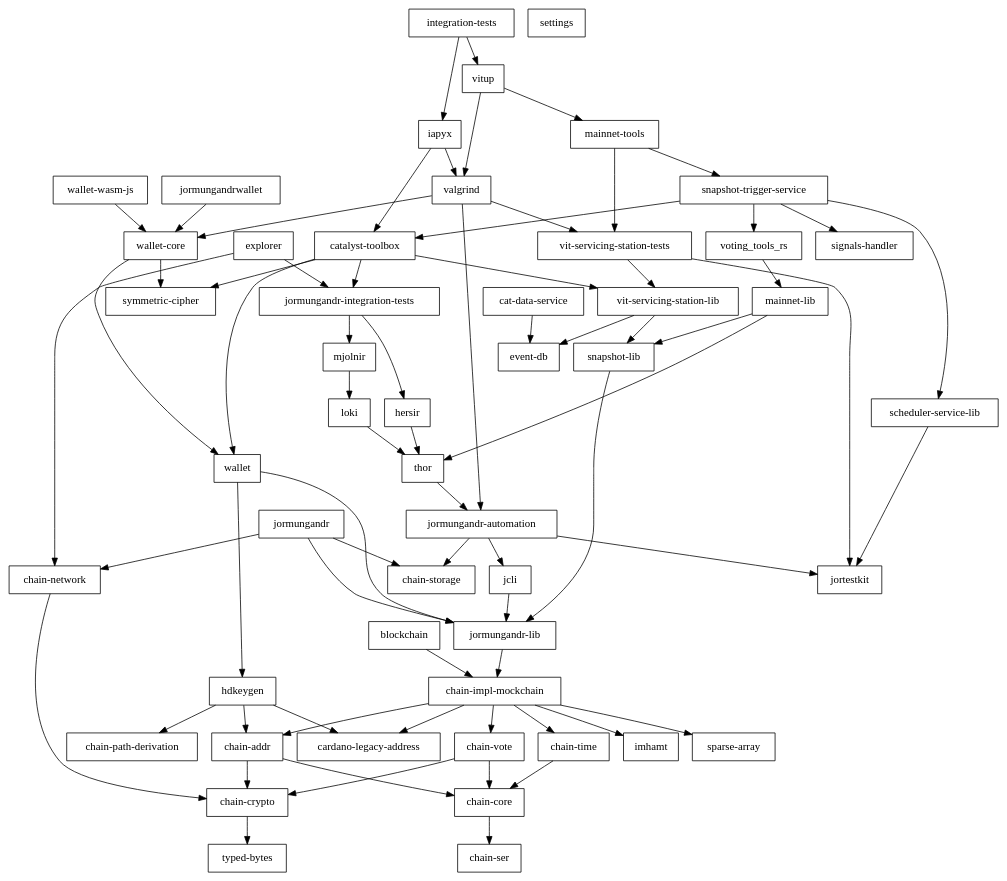
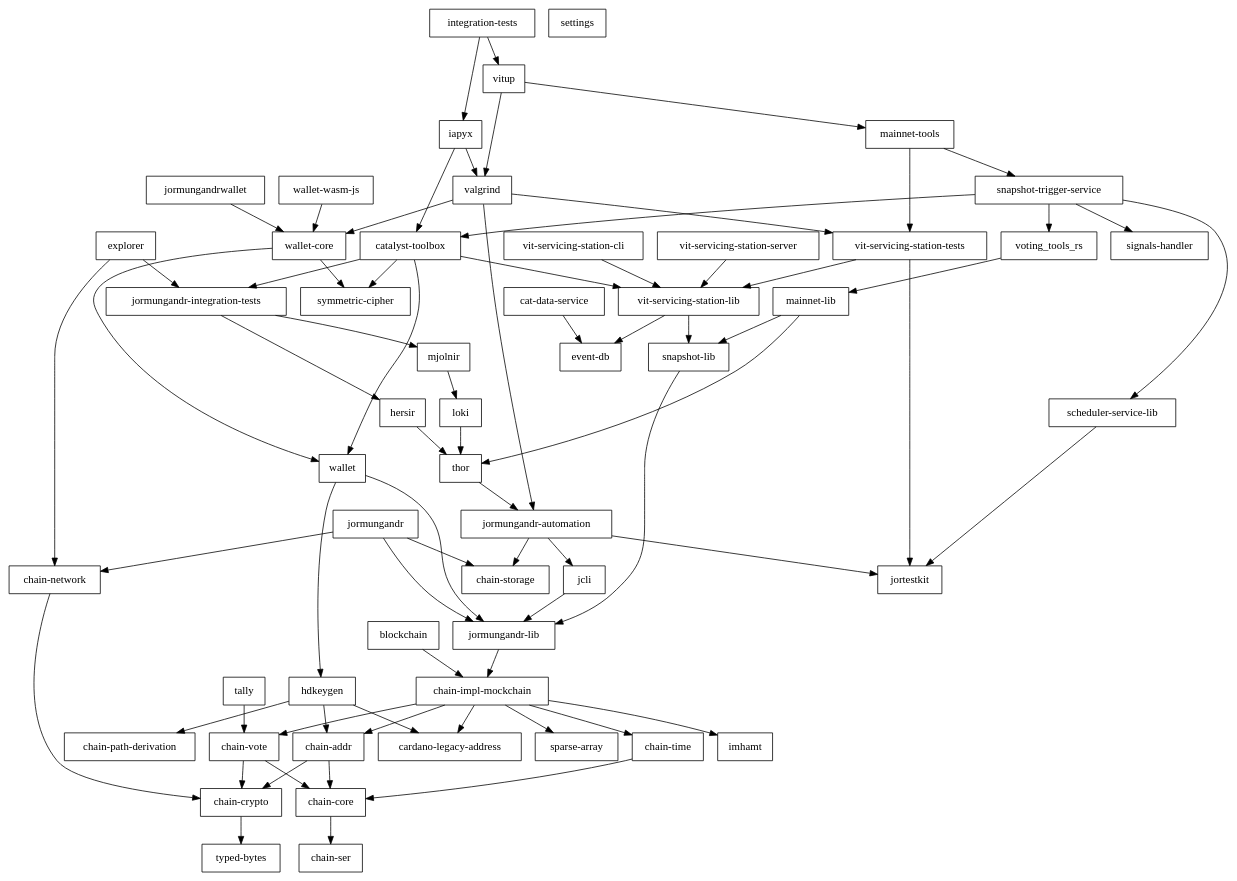
The diagram in refactor/event-db/06_rust_api/rust/doc/workspace.depgraph.dot (input-output-hk/catalyst-core), drawn with Graphviz before and after one commit. The commit also changed 1205 other files, not shown here.

```diff
--- a/refactor/event-db/06_rust_api/rust/doc/workspace.depgraph.dot
+++ b/refactor/event-db/06_rust_api/rust/doc/workspace.depgraph.dot
@@ -1,120 +1,126 @@
 digraph {
     0 [ label = "catalyst-toolbox" shape = box]
     1 [ label = "chain-addr" shape = box]
     2 [ label = "chain-core" shape = box]
     3 [ label = "chain-ser" shape = box]
     4 [ label = "chain-crypto" shape = box]
     5 [ label = "typed-bytes" shape = box]
     6 [ label = "chain-impl-mockchain" shape = box]
     7 [ label = "cardano-legacy-address" shape = box]
     8 [ label = "chain-time" shape = box]
     9 [ label = "chain-vote" shape = box]
     10 [ label = "imhamt" shape = box]
     11 [ label = "sparse-array" shape = box]
     12 [ label = "chain-storage" shape = box]
     13 [ label = "jcli" shape = box]
     14 [ label = "jormungandr-lib" shape = box]
     15 [ label = "jormungandr-automation" shape = box]
     16 [ label = "jortestkit" shape = box]
     17 [ label = "jormungandr-integration-tests" shape = box]
     18 [ label = "hersir" shape = box]
     19 [ label = "thor" shape = box]
     20 [ label = "loki" shape = box]
     21 [ label = "mjolnir" shape = box]
     22 [ label = "snapshot-lib" shape = box]
     23 [ label = "symmetric-cipher" shape = box]
     24 [ label = "vit-servicing-station-lib" shape = box]
     25 [ label = "event-db" shape = box]
     26 [ label = "vit-servicing-station-tests" shape = box]
     27 [ label = "wallet" shape = box]
     28 [ label = "chain-path-derivation" shape = box]
     29 [ label = "hdkeygen" shape = box]
     30 [ label = "chain-network" shape = box]
     31 [ label = "jormungandrwallet" shape = box]
     32 [ label = "wallet-core" shape = box]
     33 [ label = "wallet-wasm-js" shape = box]
     34 [ label = "jormungandr" shape = box]
     35 [ label = "explorer" shape = box]
     36 [ label = "settings" shape = box]
     37 [ label = "blockchain" shape = box]
-    38 [ label = "iapyx" shape = box]
-    39 [ label = "valgrind" shape = box]
-    40 [ label = "vitup" shape = box]
-    41 [ label = "mainnet-lib" shape = box]
-    42 [ label = "mainnet-tools" shape = box]
-    43 [ label = "scheduler-service-lib" shape = box]
-    44 [ label = "signals-handler" shape = box]
-    45 [ label = "snapshot-trigger-service" shape = box]
-    46 [ label = "voting_tools_rs" shape = box]
-    47 [ label = "integration-tests" shape = box]
-    48 [ label = "cat-data-service" shape = box]
+    38 [ label = "vit-servicing-station-server" shape = box]
+    39 [ label = "vit-servicing-station-cli" shape = box]
+    40 [ label = "iapyx" shape = box]
+    41 [ label = "valgrind" shape = box]
+    42 [ label = "vitup" shape = box]
+    43 [ label = "mainnet-lib" shape = box]
+    44 [ label = "mainnet-tools" shape = box]
+    45 [ label = "scheduler-service-lib" shape = box]
+    46 [ label = "signals-handler" shape = box]
+    47 [ label = "snapshot-trigger-service" shape = box]
+    48 [ label = "voting_tools_rs" shape = box]
+    49 [ label = "integration-tests" shape = box]
+    50 [ label = "cat-data-service" shape = box]
+    51 [ label = "tally" shape = box]
     0 -> 17 [ ]
     0 -> 23 [ ]
     0 -> 24 [ ]
     0 -> 27 [ ]
     1 -> 2 [ ]
     1 -> 4 [ ]
     2 -> 3 [ ]
     4 -> 5 [ ]
     6 -> 7 [ ]
     6 -> 1 [ ]
     6 -> 8 [ ]
     6 -> 9 [ ]
     6 -> 10 [ ]
     6 -> 11 [ ]
     8 -> 2 [ ]
     9 -> 2 [ ]
     9 -> 4 [ ]
     13 -> 14 [ ]
     14 -> 6 [ ]
     15 -> 12 [ ]
     15 -> 13 [ ]
     15 -> 16 [ ]
     17 -> 18 [ ]
     17 -> 21 [ ]
     18 -> 19 [ ]
     19 -> 15 [ ]
     20 -> 19 [ ]
     21 -> 20 [ ]
     22 -> 14 [ ]
     24 -> 25 [ ]
     24 -> 22 [ ]
     26 -> 16 [ ]
     26 -> 24 [ ]
     27 -> 29 [ ]
     27 -> 14 [ ]
     29 -> 7 [ ]
     29 -> 1 [ ]
     29 -> 28 [ ]
     30 -> 4 [ ]
     31 -> 32 [ ]
     32 -> 23 [ ]
     32 -> 27 [ ]
     33 -> 32 [ ]
     34 -> 30 [ ]
     34 -> 12 [ ]
     34 -> 14 [ ]
     35 -> 30 [ ]
     35 -> 17 [ ]
     37 -> 6 [ ]
-    38 -> 0 [ ]
-    38 -> 39 [ ]
-    39 -> 15 [ ]
-    39 -> 26 [ ]
-    39 -> 32 [ ]
-    40 -> 42 [ ]
-    40 -> 39 [ ]
-    41 -> 22 [ ]
-    41 -> 19 [ ]
-    42 -> 45 [ ]
-    42 -> 26 [ ]
-    43 -> 16 [ ]
-    45 -> 0 [ ]
-    45 -> 43 [ ]
-    45 -> 44 [ ]
-    45 -> 46 [ ]
-    46 -> 41 [ ]
-    47 -> 38 [ ]
-    47 -> 40 [ ]
-    48 -> 25 [ ]
+    38 -> 24 [ ]
+    39 -> 24 [ ]
+    40 -> 0 [ ]
+    40 -> 41 [ ]
+    41 -> 15 [ ]
+    41 -> 26 [ ]
+    41 -> 32 [ ]
+    42 -> 44 [ ]
+    42 -> 41 [ ]
+    43 -> 22 [ ]
+    43 -> 19 [ ]
+    44 -> 47 [ ]
+    44 -> 26 [ ]
+    45 -> 16 [ ]
+    47 -> 0 [ ]
+    47 -> 45 [ ]
+    47 -> 46 [ ]
+    47 -> 48 [ ]
+    48 -> 43 [ ]
+    49 -> 40 [ ]
+    49 -> 42 [ ]
+    50 -> 25 [ ]
+    51 -> 9 [ ]
 }
```
